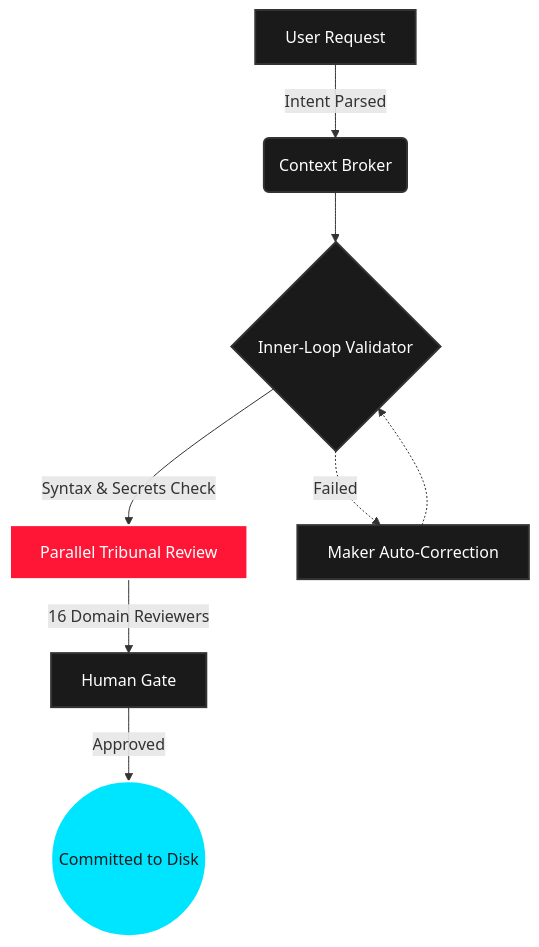
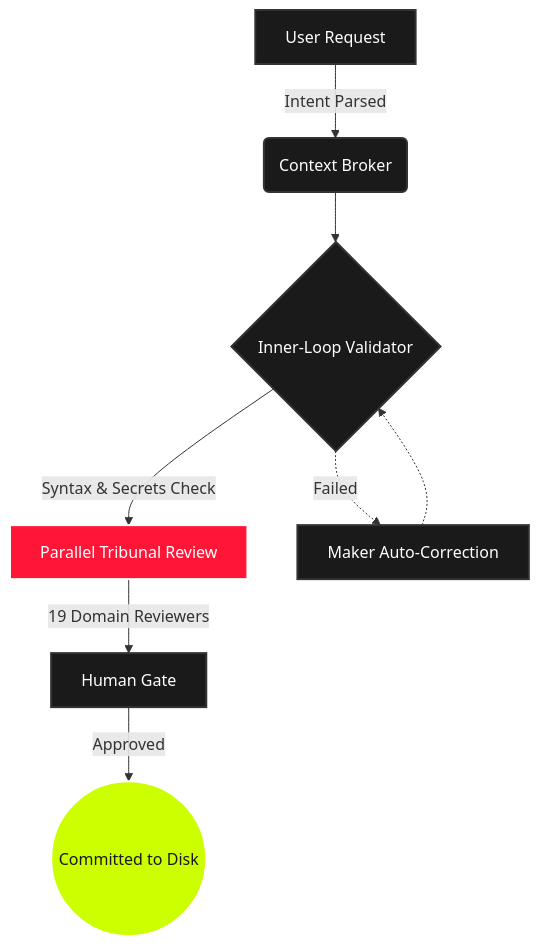
Before and after one commit to Harmitx7/tribunal-kit: the diagram in README.md, drawn with Mermaid. The commit also changed other lines of this file and 55 other files, not shown here.

````diff
--- a/README.md
+++ b/README.md
@@ -93,19 +90,19 @@
 ```mermaid
 graph TD
     A[User Request] -->|Intent Parsed| B(Context Broker)
     B --> C{Inner-Loop Validator}
 
     C -->|Syntax & Secrets Check| D[Parallel Tribunal Review]
     C -.->|Failed| E[Maker Auto-Correction]
     E -.-> C
 
-    D -->|16 Domain Reviewers| F[Human Gate]
+    D -->|19 Domain Reviewers| F[Human Gate]
     F -->|Approved| G((Committed to Disk))
 
     classDef default fill:#1a1a1a,stroke:#333,stroke-width:2px,color:#fff;
     classDef critical fill:#ff1637,stroke:#fff,stroke-width:2px,color:#fff;
-    classDef success fill:#00e5ff,stroke:#fff,stroke-width:2px,color:#1a1a1a;
+    classDef success fill:#ccff00,stroke:#fff,stroke-width:2px,color:#1a1a1a;
 
     class D critical;
     class G success;
 ```
````
